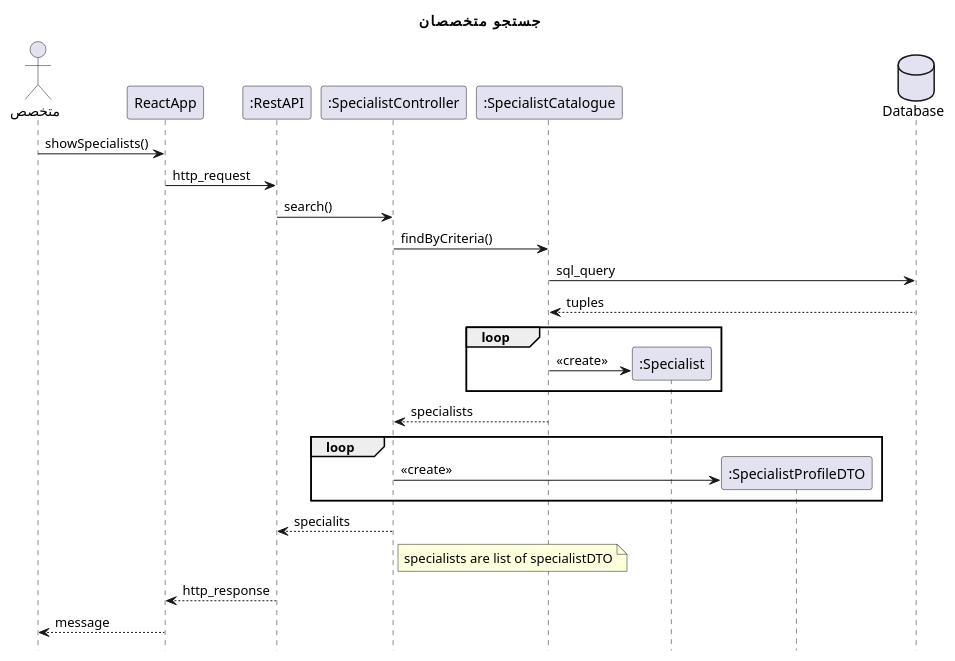
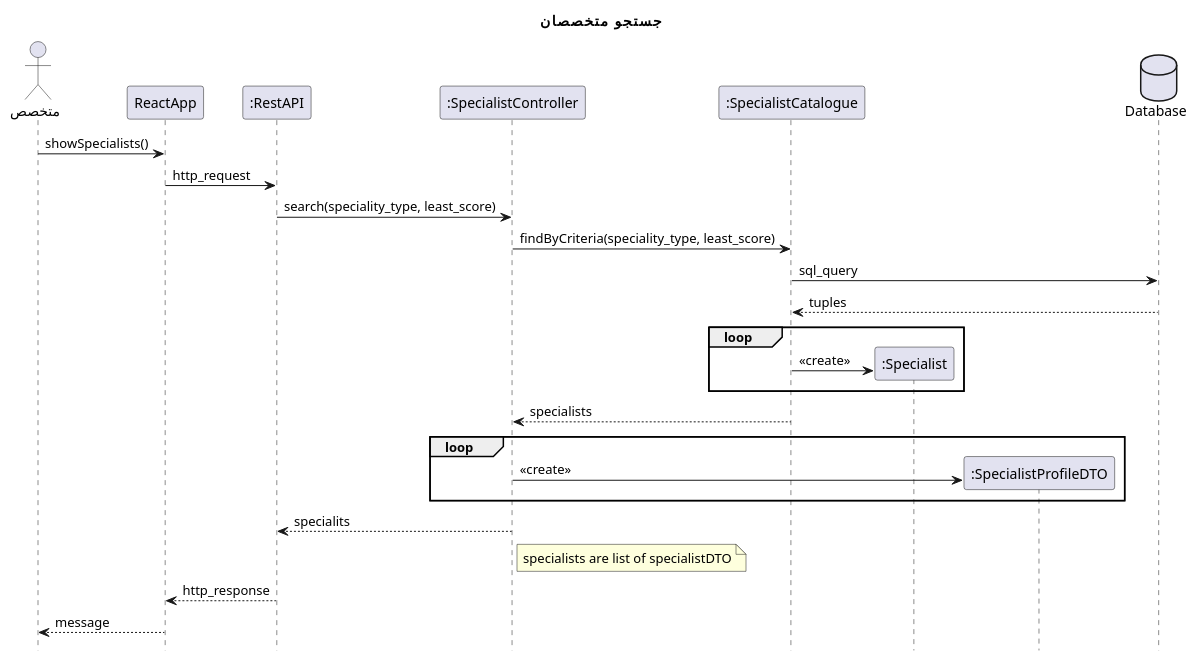
The diagram in design sequence diagams/searchSpecialists.plantuml (Khedmatkar-OOD-spring-2022/Model-and-Documents), drawn with PlantUML before and after one commit. The commit also changed 26 other files, not shown here.

```diff
--- a/design sequence diagams/searchSpecialists.plantuml
+++ b/design sequence diagams/searchSpecialists.plantuml
@@ -1,34 +1,34 @@
 @startuml logout
 ' TODO: check speciality does exist
 hide footbox
 title "جستجو متخصصان"
 actor       "متخصص" as user
 participant ReactApp
 participant ":RestAPI" as RestAPI
 participant ":SpecialistController" as SpecialistController
 participant ":SpecialistCatalogue" as SpecialistCatalogue
 participant ":Specialist" as Specialist
 participant ":SpecialistProfileDTO" as SpecialistProfileDTO
 database Database
 
 user -> ReactApp: showSpecialists()
 ReactApp -> RestAPI : http_request
-RestAPI -> SpecialistController : search()
-SpecialistController -> SpecialistCatalogue : findByCriteria()
+RestAPI -> SpecialistController : search(speciality_type, least_score)
+SpecialistController -> SpecialistCatalogue : findByCriteria(speciality_type, least_score)
 SpecialistCatalogue -> Database: sql_query
 return tuples
 loop
     SpecialistCatalogue -> Specialist **: <<create>>
 end
 SpecialistCatalogue --> SpecialistController :specialists
 loop
     SpecialistController-> SpecialistProfileDTO **: <<create>>
 end
 SpecialistController --> RestAPI: specialits
 note right of SpecialistController
     specialists are list of specialistDTO
 end note
 RestAPI --> ReactApp : http_response
 ReactApp --> user: message
 
 @enduml
```
